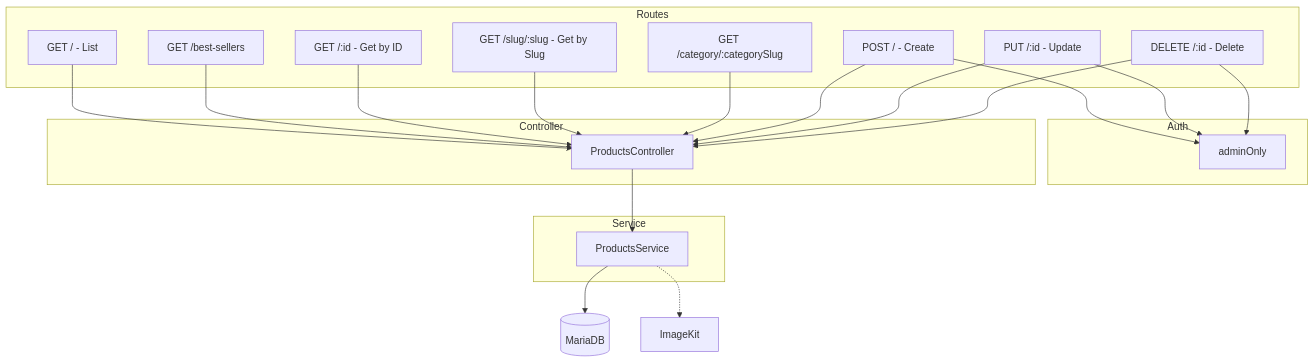
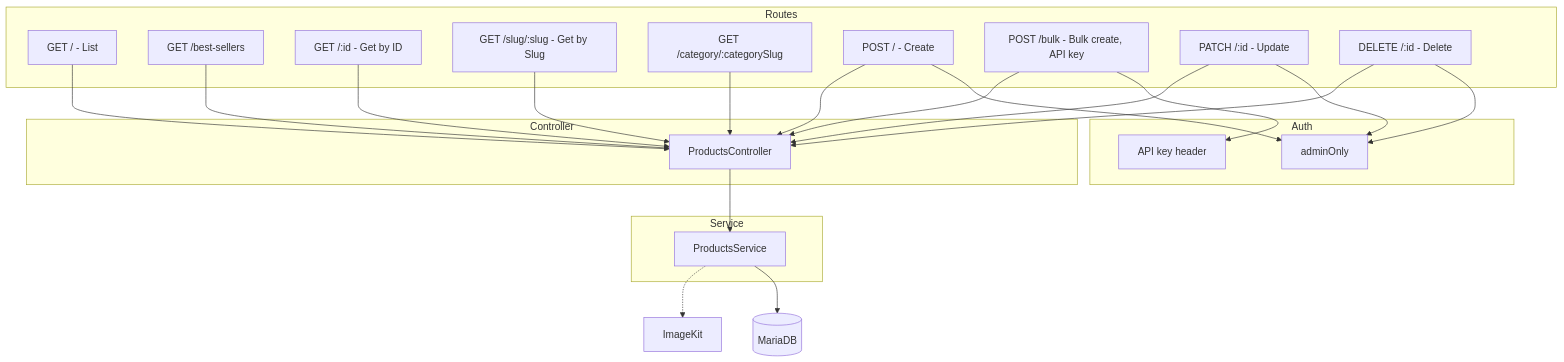
Before and after one commit to skripsi-me/backend: the fourth of 7 diagrams in docs/ARCHITECTURE.md, drawn with Mermaid. The commit also changed other lines of this file and 7 other files, not shown here.

Commit message:
docs: sync documentation to current project state (bulk endpoint, API key, refresh-token hash, CORS/CORS prod, dedupe env tables)

````diff
--- a/docs/ARCHITECTURE.md
+++ b/docs/ARCHITECTURE.md
@@ -143,35 +143,38 @@
 ```mermaid
 graph TB
     subgraph Routes
         R1[GET / - List]
         R2[GET /best-sellers]
         R3[GET /:id - Get by ID]
         R4[GET /slug/:slug - Get by Slug]
         R5[GET /category/:categorySlug]
         R6[POST / - Create]
-        R7[PUT /:id - Update]
-        R8[DELETE /:id - Delete]
+        R7[POST /bulk - Bulk create, API key]
+        R8[PATCH /:id - Update]
+        R9[DELETE /:id - Delete]
     end
     
     subgraph Auth
         Admin[adminOnly]
+        ApiKey[API key header]
     end
     
     R6 --> Admin
-    R7 --> Admin
+    R7 --> ApiKey
     R8 --> Admin
+    R9 --> Admin
     
     subgraph Controller
         C[ProductsController]
     end
     
     subgraph Service
         S[ProductsService]
     end
     
     R1 & R2 & R3 & R4 & R5 --> C
-    R6 & R7 & R8 --> C
+    R6 & R7 & R8 & R9 --> C
     C --> S
     S --> DB[(MariaDB)]
     S -.-> IK[ImageKit]
 ```
````
